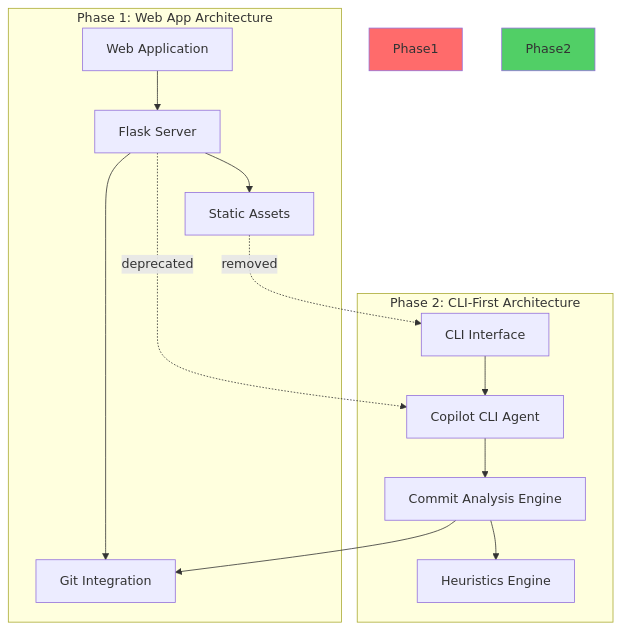
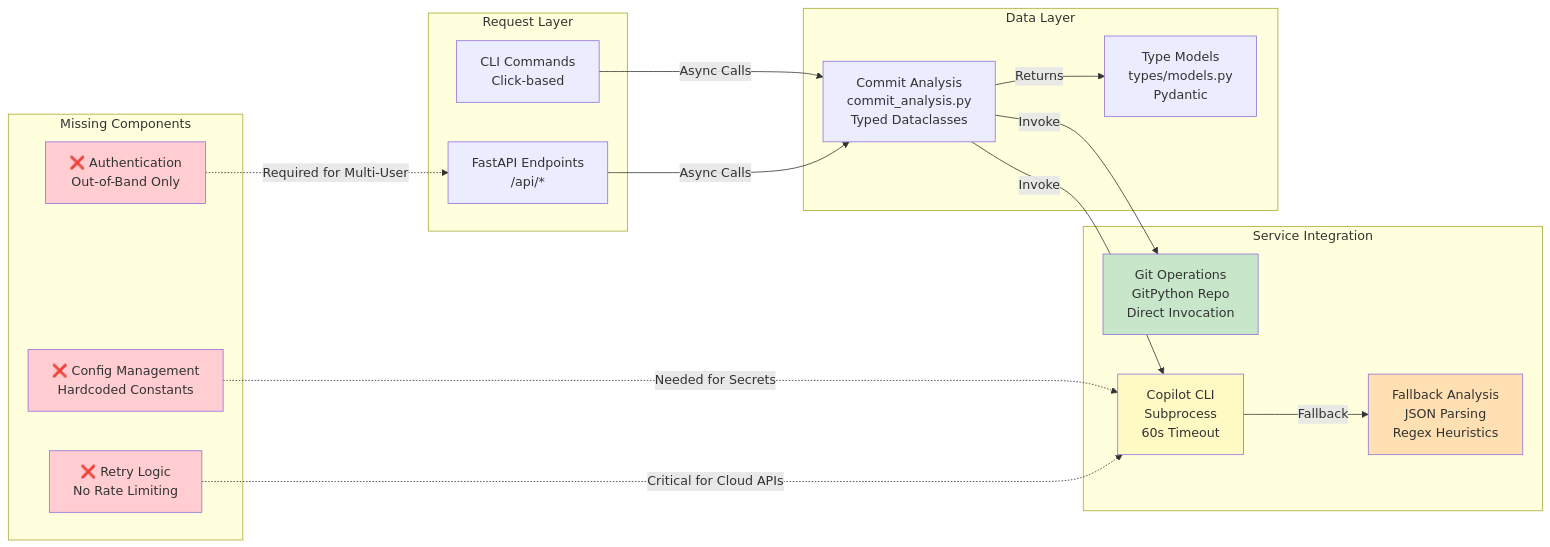
Before and after one commit to Juls95/DocWeave: the second of 7 diagrams in DocweaveDocs/DIAGRAMS.md, drawn with Mermaid. The commit also changed other lines of this file and 7 other files, not shown here.

````diff
--- a/DocweaveDocs/DIAGRAMS.md
+++ b/DocweaveDocs/DIAGRAMS.md
@@ -3,29 +25,44 @@
 ```mermaid
-graph TB
-    subgraph "Phase 1: Web App Architecture"
-        WEB["Web Application"]
-        FLASK["Flask Server"]
-        STATIC["Static Assets"]
-        GIT["Git Integration"]
-        WEB --> FLASK
-        FLASK --> STATIC
-        FLASK --> GIT
+graph LR
+    subgraph "Request Layer"
+        CLI["CLI Commands<br/>Click-based"]
+        API["FastAPI Endpoints<br/>/api/*"]
     end
     
-    subgraph "Phase 2: CLI-First Architecture"
-        CLI["CLI Interface"]
-        COPILOT["Copilot CLI Agent"]
-        ANALYSIS["Commit Analysis Engine"]
-        HEURISTICS["Heuristics Engine"]
-        CLI --> COPILOT
-        COPILOT --> ANALYSIS
-        ANALYSIS --> HEURISTICS
-        ANALYSIS --> GIT
+    subgraph "Service Integration"
+        GIT["Git Operations<br/>GitPython Repo<br/>Direct Invocation"]
+        COPILOT["Copilot CLI<br/>Subprocess<br/>60s Timeout"]
+        HEURISTICS["Fallback Analysis<br/>JSON Parsing<br/>Regex Heuristics"]
     end
     
-    FLASK -.->|deprecated| COPILOT
-    STATIC -.->|removed| CLI
+    subgraph "Data Layer"
+        ANALYSIS["Commit Analysis<br/>commit_analysis.py<br/>Typed Dataclasses"]
+        MODELS["Type Models<br/>types/models.py<br/>Pydantic"]
+    end
     
-    style Phase1 fill:#ff6b6b
-    style Phase2 fill:#51cf66
+    subgraph "Missing Components"
+        AUTH["❌ Authentication<br/>Out-of-Band Only"]
+        CONFIG["❌ Config Management<br/>Hardcoded Constants"]
+        RETRY["❌ Retry Logic<br/>No Rate Limiting"]
+    end
+    
+    CLI -->|Async Calls| ANALYSIS
+    API -->|Async Calls| ANALYSIS
+    
+    ANALYSIS -->|Invoke| GIT
+    ANALYSIS -->|Invoke| COPILOT
+    COPILOT -->|Fallback| HEURISTICS
+    
+    ANALYSIS -->|Returns| MODELS
+    
+    AUTH -.->|Required for Multi-User| API
+    CONFIG -.->|Needed for Secrets| COPILOT
+    RETRY -.->|Critical for Cloud APIs| COPILOT
+    
+    style GIT fill:#c8e6c9
+    style COPILOT fill:#fff9c4
+    style HEURISTICS fill:#ffe0b2
+    style AUTH fill:#ffcdd2
+    style CONFIG fill:#ffcdd2
+    style RETRY fill:#ffcdd2
 ```
````
